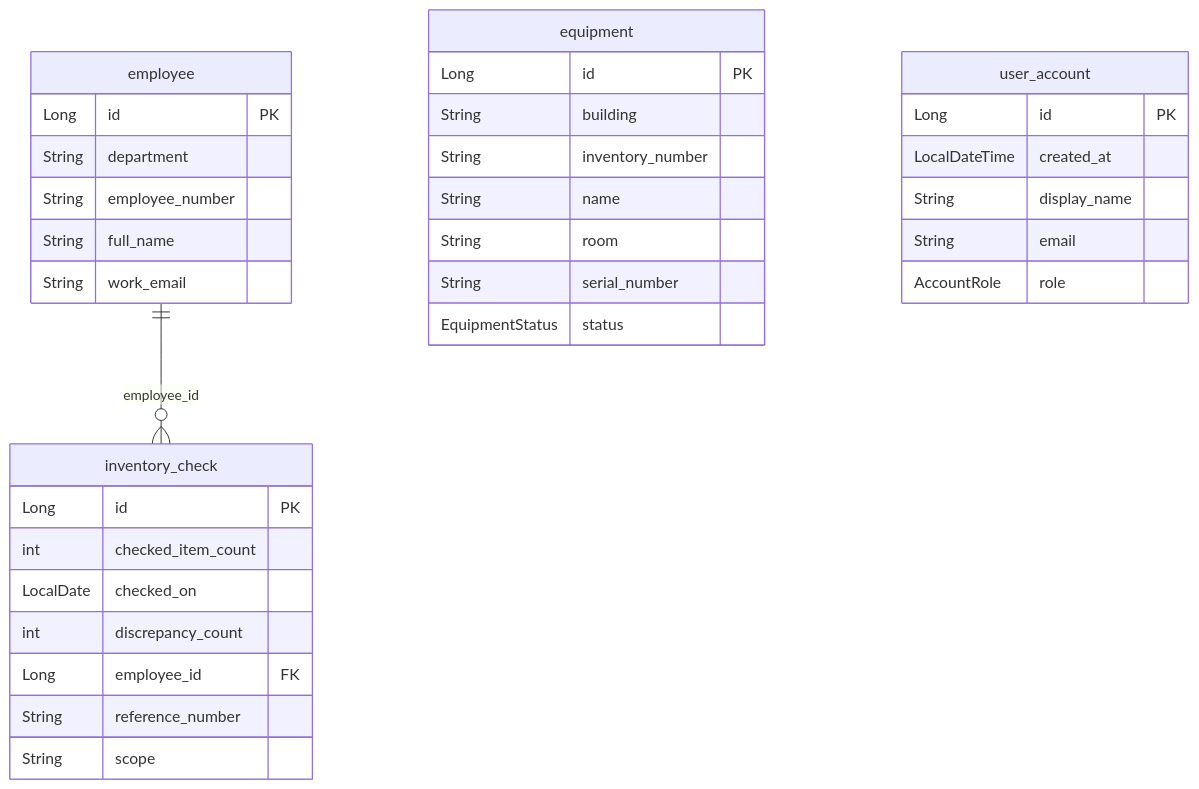
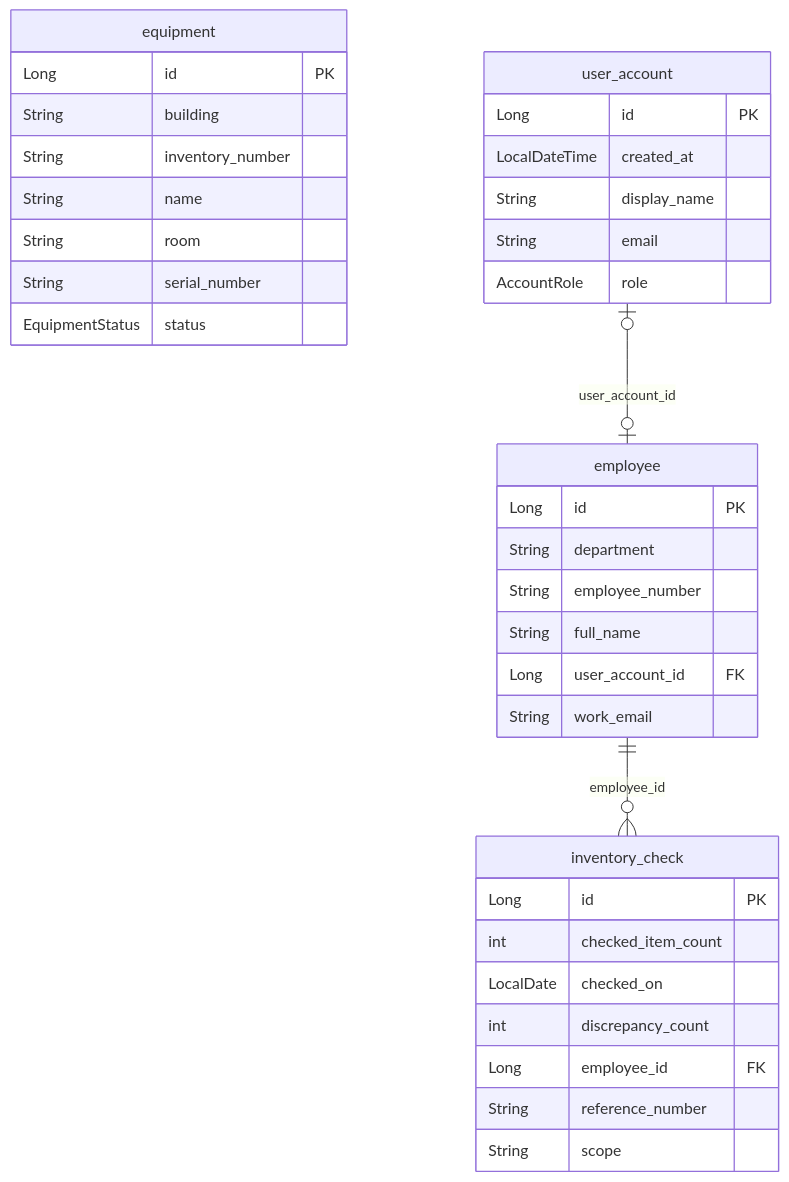
One commit to KacperGolebski/WdTB-2026-Backend-inwentaryzacja changed the diagram in SCHEMAT.md. Above: the diagram before and after it, drawn with Mermaid. The commit also changed other lines of this file and 2 other files, not shown here.

````diff
--- a/SCHEMAT.md
+++ b/SCHEMAT.md
@@ -14,36 +14,38 @@
 ```mermaid
 erDiagram
     employee {
         Long id PK
         String department
         String employee_number
         String full_name
+        Long user_account_id FK
         String work_email
     }
     equipment {
         Long id PK
         String building
         String inventory_number
         String name
         String room
         String serial_number
         EquipmentStatus status
     }
     inventory_check {
         Long id PK
         int checked_item_count
         LocalDate checked_on
         int discrepancy_count
         Long employee_id FK
         String reference_number
         String scope
     }
     user_account {
         Long id PK
         LocalDateTime created_at
         String display_name
         String email
         AccountRole role
     }
     employee ||--o{ inventory_check : "employee_id"
+    user_account |o--o| employee : "user_account_id"
 ```
````
